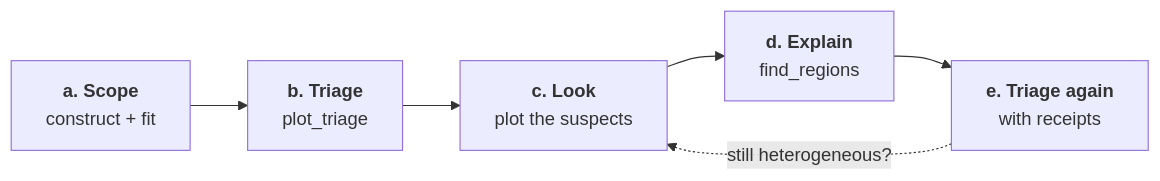
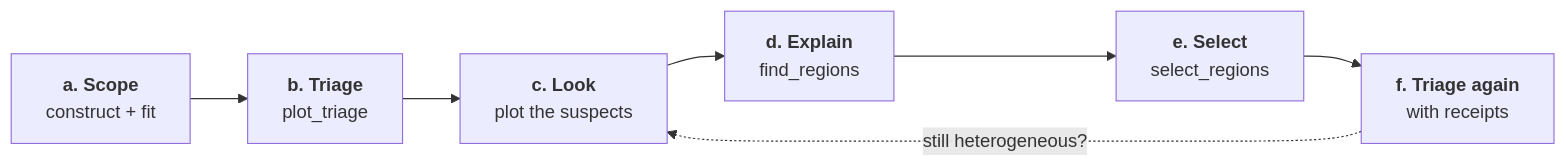
The fourth of 5 diagrams in docs/docs/quickstart/mental_model.md (givasile/effector), drawn with Mermaid before and after one commit. The commit also changed other lines of this file, not shown here.

Commit message:
mental model: select_regions + CALM chain in glossary, flowcharts, canonical workflow

````diff
--- a/docs/docs/quickstart/mental_model.md
+++ b/docs/docs/quickstart/mental_model.md
@@ -153,8 +163,9 @@
 ```mermaid
 flowchart LR
     A["<b>a. Scope</b><br/>construct + fit"] --> B["<b>b. Triage</b><br/>plot_triage"]
     B --> C["<b>c. Look</b><br/>plot the suspects"]
     C --> D["<b>d. Explain</b><br/>find_regions"]
-    D --> E["<b>e. Triage again</b><br/>with receipts"]
-    E -.->|"still heterogeneous?"| C
+    D --> E["<b>e. Select</b><br/>select_regions"]
+    E --> F["<b>f. Triage again</b><br/>with receipts"]
+    F -.->|"still heterogeneous?"| C
 ```
````
